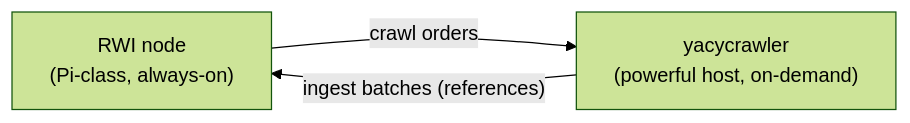
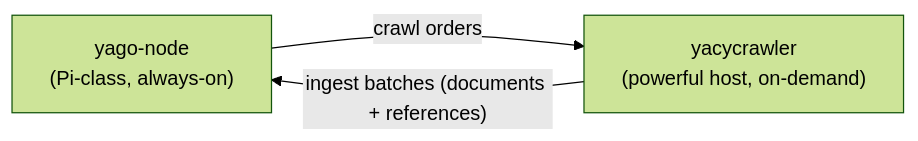
Before and after one commit to D4rk4/yago: the diagram in yacycrawler/README.md, drawn with Mermaid (forest theme). The commit also changed other lines of this file and 141 other files, not shown here.

````diff
--- a/yacycrawler/README.md
+++ b/yacycrawler/README.md
@@ -22,7 +24,7 @@
 ```mermaid
 flowchart LR
-    node["RWI node<br/>(Pi-class, always-on)"]
+    node["yago-node<br/>(Pi-class, always-on)"]
     crawler["yacycrawler<br/>(powerful host, on-demand)"]
     node -- crawl orders --> crawler
-    crawler -- "ingest batches (references)" --> node
+    crawler -- "ingest batches (documents + references)" --> node
 ```
````
